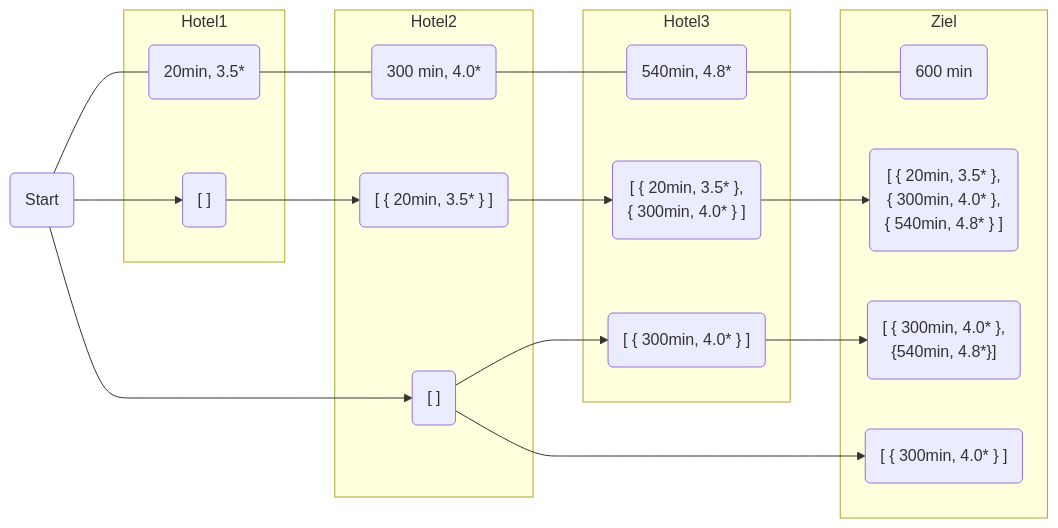
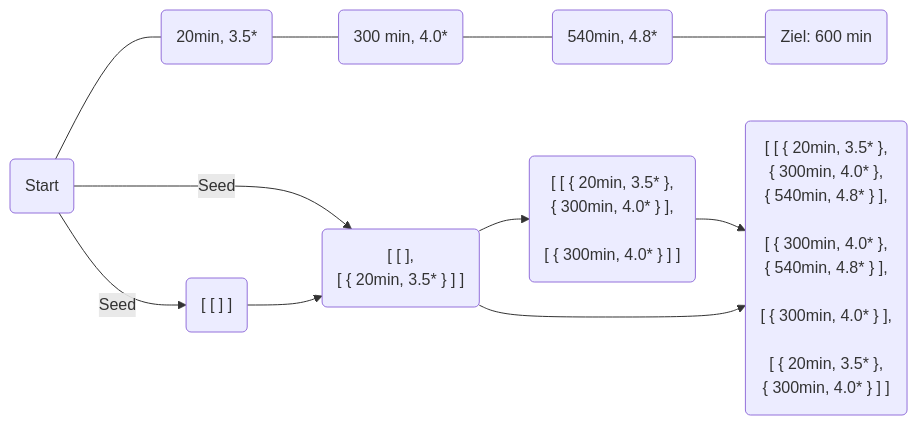
Before and after one commit to finn-rudolph/bwinf2021-1: the diagram in vollgeladen.md, drawn with Mermaid. The commit also changed other lines of this file and 2 other files, not shown here.

Commit message:
Vollgeladen: Implement iterative solution
Update the idea and write an initial solution using tabulation and a 3D array.

````diff
--- a/vollgeladen.md
+++ b/vollgeladen.md
@@ -9,43 +11,39 @@
 ```mermaid
 flowchart LR
 
 
-s(Start)---h1(20min, 3.5*)---h2(300 min, 4.0*)---h3(540min, 4.8*)---z(600 min)
+s(Start)---h1(20min, 3.5*)---h2(300 min, 4.0*)---h3(540min, 4.8*)---z(Ziel: 600 min)
 
-subgraph Hotel1
+s -->|Seed| m1
+s -->|Seed| m2
+
 h1
-m1("[ ]")
-end
-s --> m1
+m1("[ [ ] ]")
+m1 --> m2 --> m3 --> m4
 
-subgraph Hotel2
+m2 --> m4
+
+
 h2
-m2("[ ]")
-m3("[ { 20min, 3.5* } ]")
-end
-s --> m2
-m1 --> m3
+m2("[ [ ],
+[ { 20min, 3.5* } ] ]")
 
-subgraph Hotel3
 h3
 
-m5("[ { 20min, 3.5* }, 
-{ 300min, 4.0* } ]")
-m6("[ { 300min, 4.0* } ]")
-end
-m3 --> m5
-m2 --> m6
+m3("[ [ { 20min, 3.5* },
+{ 300min, 4.0* } ],
 
-subgraph Ziel
-z
-m7("[ { 20min, 3.5* }, 
+[ { 300min, 4.0* } ] ]")
+
+m4("[ [ { 20min, 3.5* },
 { 300min, 4.0* },
-{ 540min, 4.8* } ]")
-m8("[ { 300min, 4.0* },
-{540min, 4.8*}]")
-m9("[ { 300min, 4.0* } ]")
-end
-m5 --> m7
-m6 --> m8
-m2 --> m9
+{ 540min, 4.8* } ],
+
+[ { 300min, 4.0* },
+{ 540min, 4.8* } ],
+
+[ { 300min, 4.0* } ],
+
+[ { 20min, 3.5* },
+{ 300min, 4.0* } ] ]")
 ```
````
